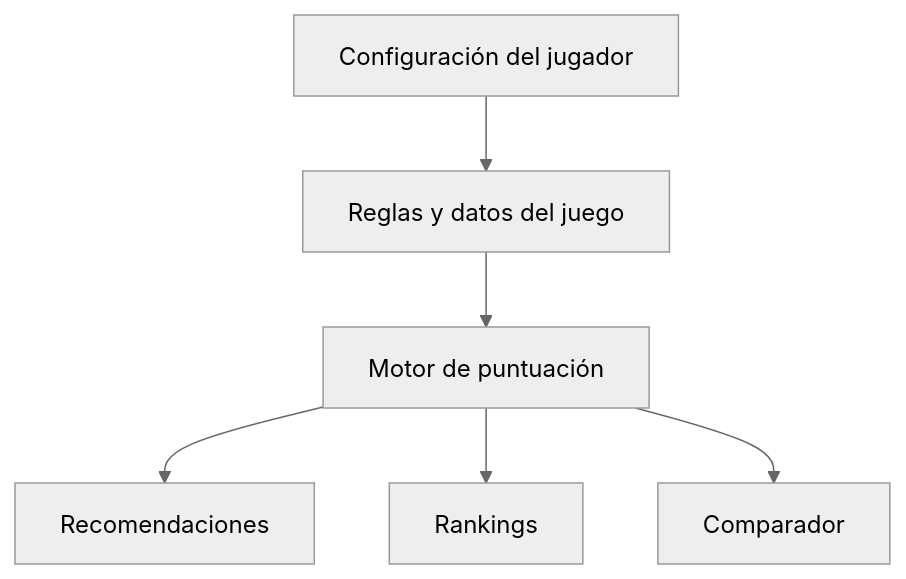
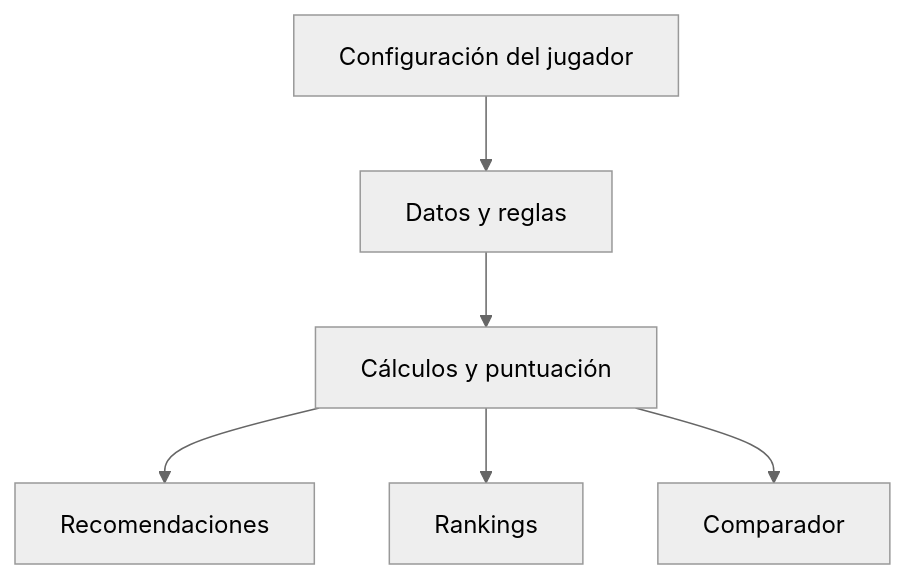
Before and after one commit to PCastro2001/Fish-VrChat: the diagram in README.md, drawn with Mermaid (neutral theme). The commit also changed other lines of this file, not shown here.

````diff
--- a/README.md
+++ b/README.md
@@ -57,8 +51,8 @@
 ```mermaid
 flowchart TD
-    A[Configuración del jugador] --> B[Reglas y datos del juego]
-    B --> C[Motor de puntuación]
+    A[Configuración del jugador] --> B[Datos y reglas]
+    B --> C[Cálculos y puntuación]
     C --> D[Recomendaciones]
     C --> E[Rankings]
     C --> F[Comparador]
 ```
````
